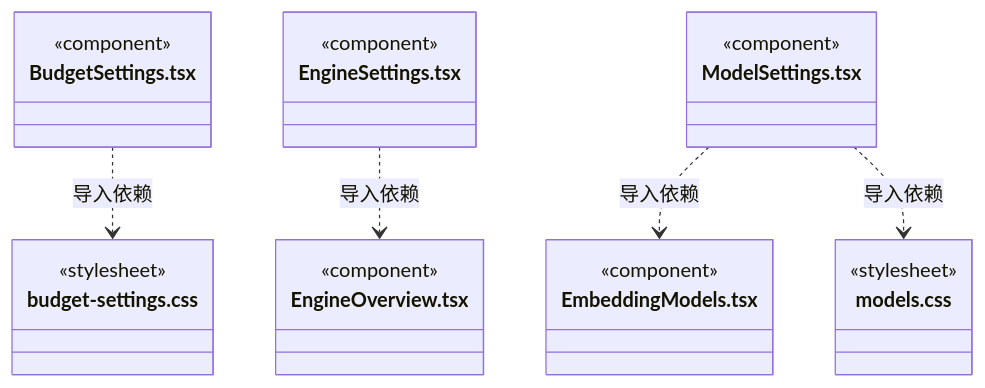
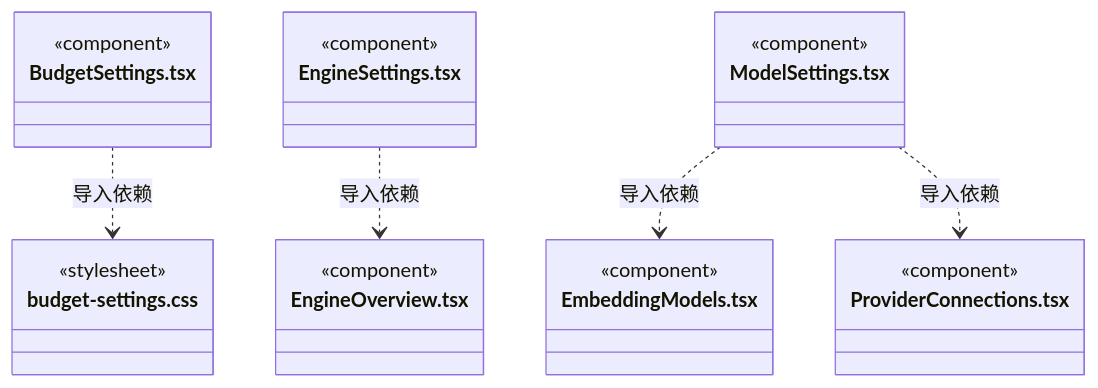
Before and after one commit to nan023062/cbim: diagram 30 of 34 in src/view/settings/ARCHITECTURE.md, drawn with Mermaid. The commit also changed other lines of this file and 112 other files, not shown here.

Commit message:
docs: align source architecture with current declarations and contracts

````diff
--- a/src/view/settings/ARCHITECTURE.md
+++ b/src/view/settings/ARCHITECTURE.md
@@ -574,28 +574,28 @@
 ```mermaid
 classDiagram
 class N_src_view_settings_BudgetSettings_tsx["BudgetSettings.tsx"] {
   <<component>>
 }
 class N_src_view_settings_budget_settings_css["budget-settings.css"] {
   <<stylesheet>>
 }
 class N_src_view_settings_EngineSettings_tsx["EngineSettings.tsx"] {
   <<component>>
 }
 class N_src_view_settings_EngineOverview_tsx["EngineOverview.tsx"] {
   <<component>>
 }
 class N_src_view_settings_ModelSettings_tsx["ModelSettings.tsx"] {
   <<component>>
 }
 class N_src_view_settings_EmbeddingModels_tsx["EmbeddingModels.tsx"] {
   <<component>>
 }
-class N_src_view_settings_models_css["models.css"] {
-  <<stylesheet>>
+class N_src_view_settings_ProviderConnections_tsx["ProviderConnections.tsx"] {
+  <<component>>
 }
 N_src_view_settings_BudgetSettings_tsx ..> N_src_view_settings_budget_settings_css : 导入依赖
 N_src_view_settings_EngineSettings_tsx ..> N_src_view_settings_EngineOverview_tsx : 导入依赖
 N_src_view_settings_ModelSettings_tsx ..> N_src_view_settings_EmbeddingModels_tsx : 导入依赖
-N_src_view_settings_ModelSettings_tsx ..> N_src_view_settings_models_css : 导入依赖
+N_src_view_settings_ModelSettings_tsx ..> N_src_view_settings_ProviderConnections_tsx : 导入依赖
 ```
````
